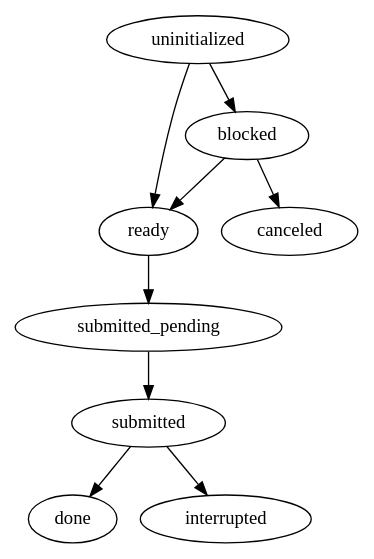
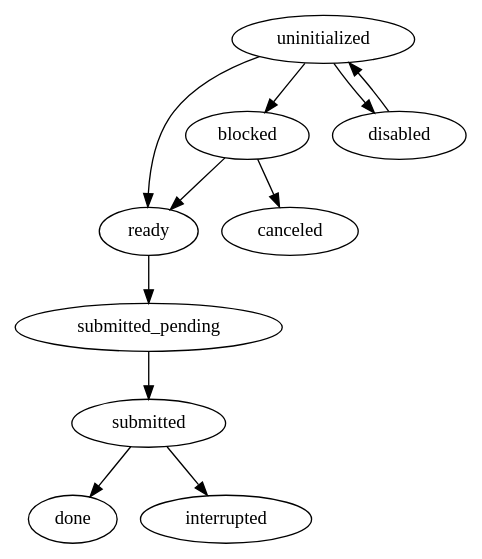
One commit to NREL/torc changed the diagram in docs/architecture.rst. Above: the diagram before and after it, drawn with Graphviz. The commit also changed other lines of this file and 2 other files, not shown here.

```diff
--- a/docs/architecture.rst
+++ b/docs/architecture.rst
@@ -65,12 +73,14 @@
 .. graphviz::
 
    digraph job_statuses {
       "uninitialized" -> "ready";
       "uninitialized" -> "blocked";
+      "uninitialized" -> "disabled";
+      "disabled" -> "uninitialized";
       "ready" -> "submitted_pending";
       "submitted_pending" -> "submitted";
       "submitted" -> "done";
       "submitted" -> "interrupted";
       "blocked" -> "canceled";
       "blocked" -> "ready";
    }
```
